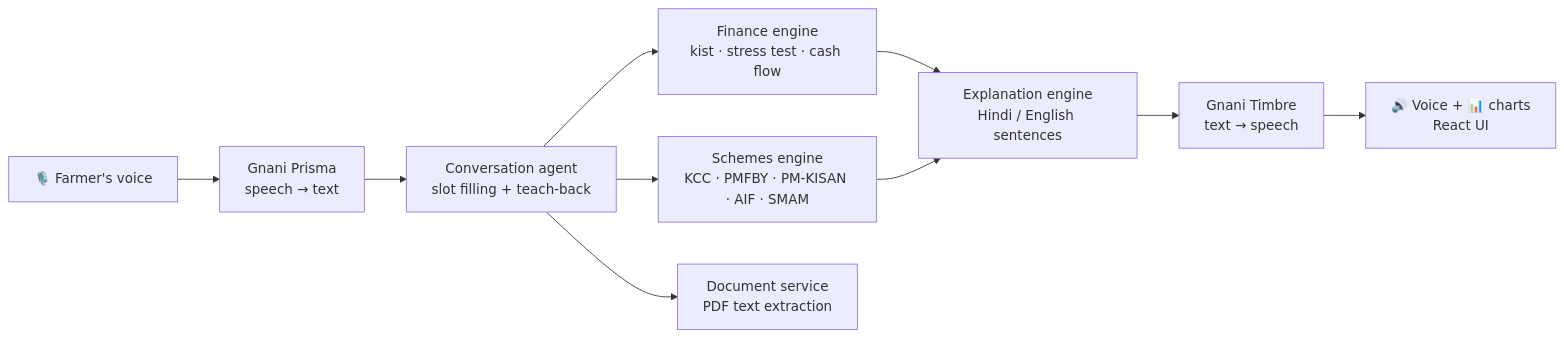
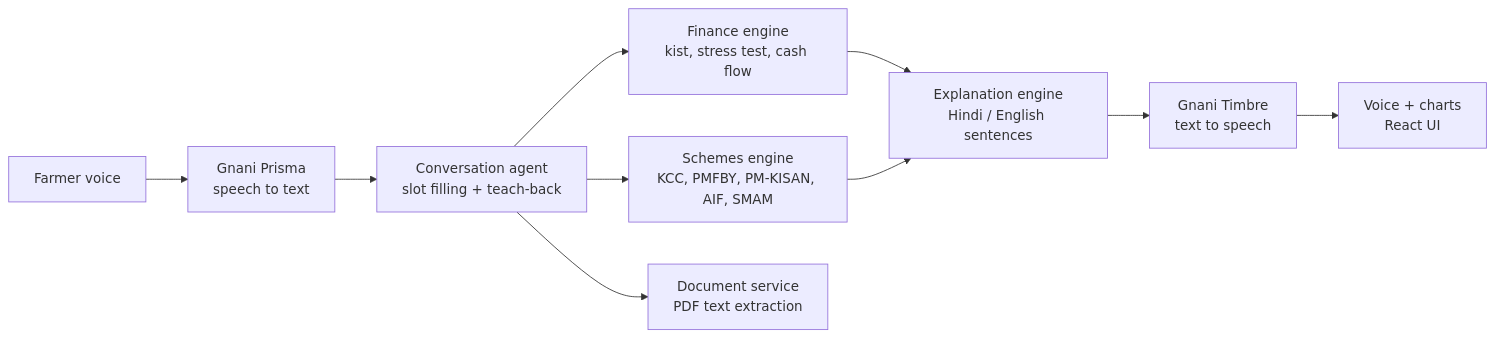
The diagram in README.md (Stanvi09/KuberKet), drawn with Mermaid before and after one commit.

Commit message:
Simplify architecture diagram so GitHub renders it

````diff
--- a/README.md
+++ b/README.md
@@ -50,12 +50,12 @@
 ```mermaid
 flowchart LR
-    V["🎙️ Farmer's voice"] --> P["Gnani Prisma<br/>speech → text"]
+    V["Farmer voice"] --> P["Gnani Prisma<br/>speech to text"]
     P --> A["Conversation agent<br/>slot filling + teach-back"]
-    A --> F["Finance engine<br/>kist · stress test · cash flow"]
-    A --> S["Schemes engine<br/>KCC · PMFBY · PM-KISAN · AIF · SMAM"]
+    A --> F["Finance engine<br/>kist, stress test, cash flow"]
+    A --> S["Schemes engine<br/>KCC, PMFBY, PM-KISAN, AIF, SMAM"]
     A --> D["Document service<br/>PDF text extraction"]
     F --> E["Explanation engine<br/>Hindi / English sentences"]
     S --> E
-    E --> T["Gnani Timbre<br/>text → speech"]
-    T --> UI["🔊 Voice + 📊 charts<br/>React UI"]
+    E --> T["Gnani Timbre<br/>text to speech"]
+    T --> UI["Voice + charts<br/>React UI"]
 ```
````
